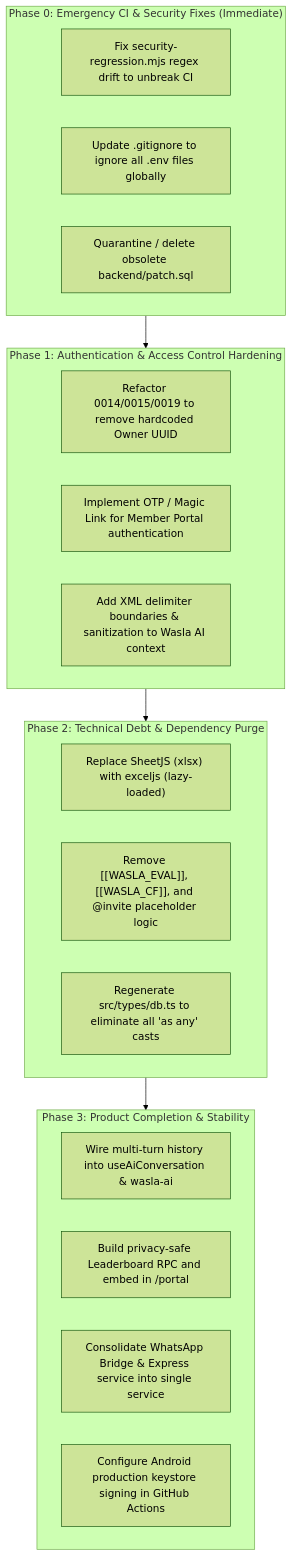
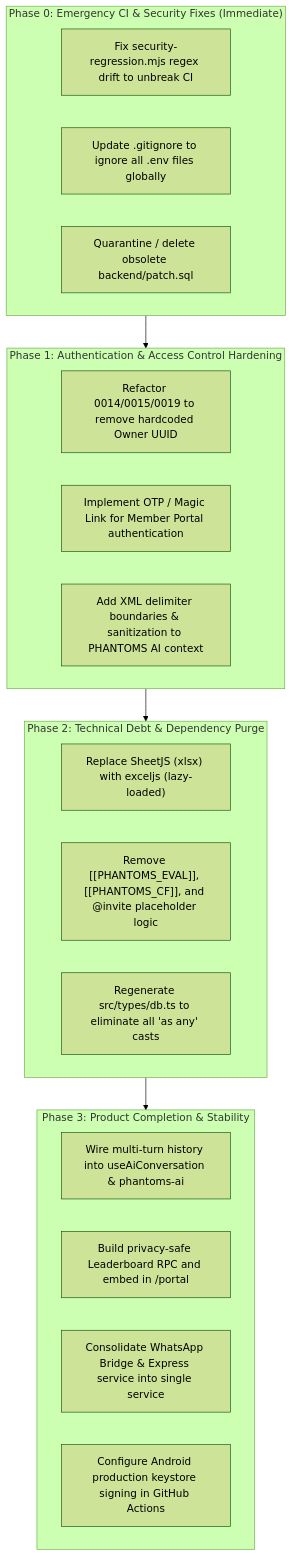
The second of 2 diagrams in audit/reports/PHANTOMS_FULL_AUDIT.md (TheSeifDev/dashboard-phantoms), drawn with Mermaid (forest theme) before and after one commit. The commit also changed other lines of this file and 74 other files, not shown here.

````diff
--- a/audit/reports/PHANTOMS_FULL_AUDIT.md
+++ b/audit/reports/PHANTOMS_FULL_AUDIT.md
@@ -739,31 +739,31 @@
 ```mermaid
 flowchart TD
     subgraph Phase0["Phase 0: Emergency CI & Security Fixes (Immediate)"]
         FixCI["Fix security-regression.mjs regex drift to unbreak CI"]
         FixGitignore["Update .gitignore to ignore all .env files globally"]
         RemovePatch["Quarantine / delete obsolete backend/patch.sql"]
     end
 
     subgraph Phase1["Phase 1: Authentication & Access Control Hardening"]
         RemoveHardcodedUUID["Refactor 0014/0015/0019 to remove hardcoded Owner UUID"]
         SecureMemberAuth["Implement OTP / Magic Link for Member Portal authentication"]
-        SanitizeAIPrompt["Add XML delimiter boundaries & sanitization to Wasla AI context"]
+        SanitizeAIPrompt["Add XML delimiter boundaries & sanitization to PHANTOMS AI context"]
     end
 
     subgraph Phase2["Phase 2: Technical Debt & Dependency Purge"]
         ReplaceXLSX["Replace SheetJS (xlsx) with exceljs (lazy-loaded)"]
-        PurgeCarrierHacks["Remove [[WASLA_EVAL]], [[WASLA_CF]], and @invite placeholder logic"]
+        PurgeCarrierHacks["Remove [[PHANTOMS_EVAL]], [[PHANTOMS_CF]], and @invite placeholder logic"]
         SyncDBTypes["Regenerate src/types/db.ts to eliminate all 'as any' casts"]
     end
 
     subgraph Phase3["Phase 3: Product Completion & Stability"]
-        FixAIHistory["Wire multi-turn history into useAiConversation & wasla-ai"]
+        FixAIHistory["Wire multi-turn history into useAiConversation & phantoms-ai"]
         AddPortalLeaderboard["Build privacy-safe Leaderboard RPC and embed in /portal"]
         StandardizeWA["Consolidate WhatsApp Bridge & Express service into single service"]
         SignAPK["Configure Android production keystore signing in GitHub Actions"]
     end
 
     Phase0 --> Phase1
     Phase1 --> Phase2
     Phase2 --> Phase3
 ```
````
